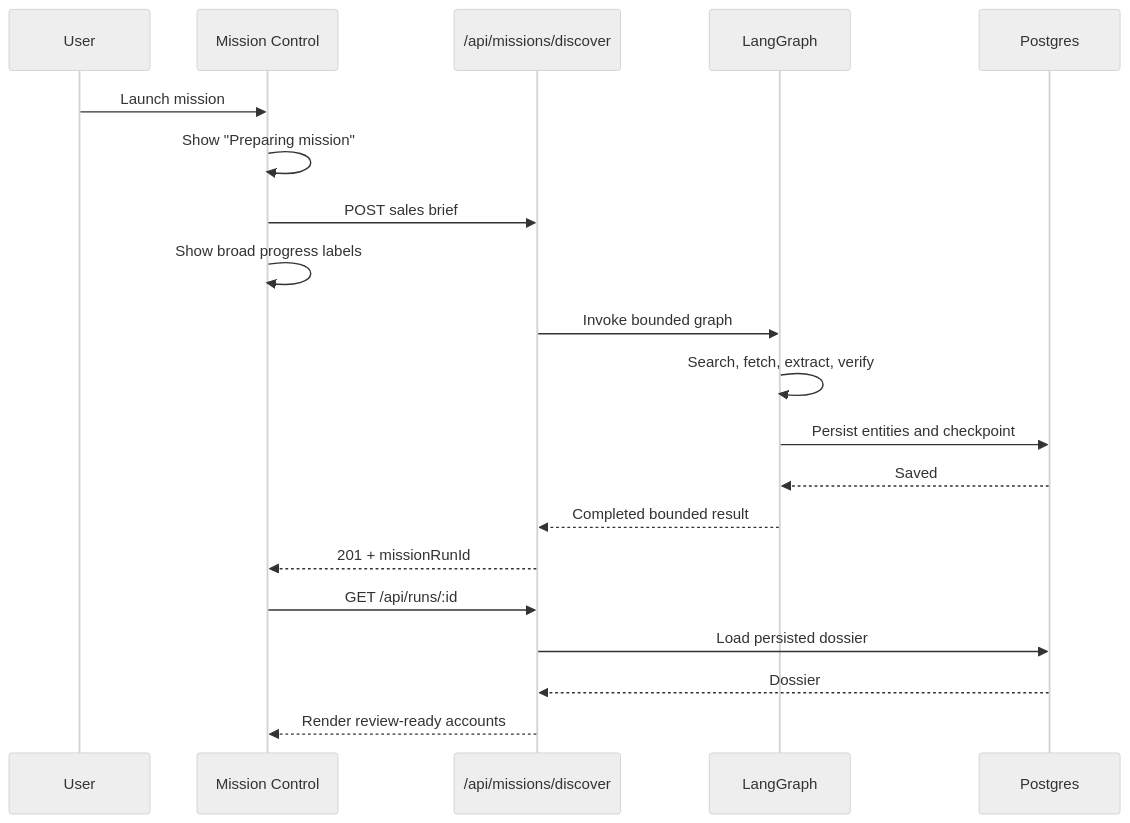
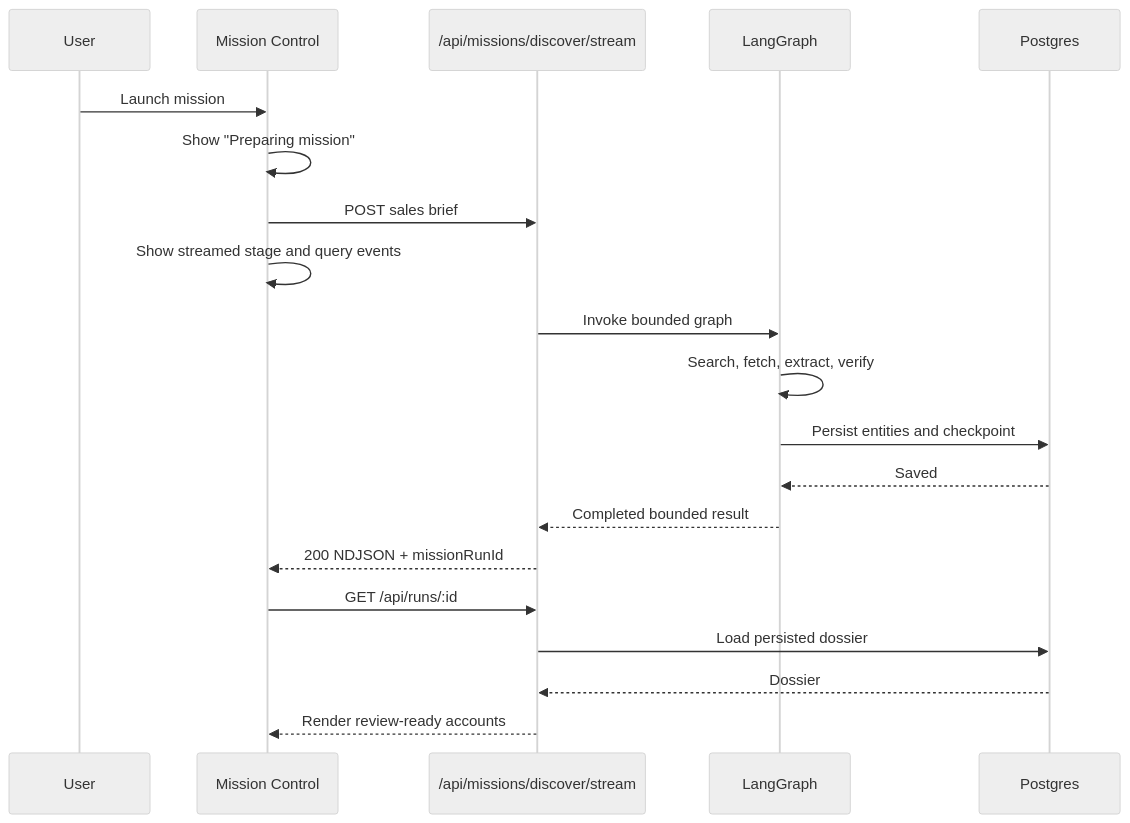
The fourth of 17 diagrams in docs/guides/how-monster-scout-works.md (monsteruk-crm/monster-prospecting-agent), drawn with Mermaid (neutral theme) before and after one commit. The commit also changed other lines of this file and 1 other file, not shown here.

Commit message:
progress

````diff
--- a/docs/guides/how-monster-scout-works.md
+++ b/docs/guides/how-monster-scout-works.md
@@ -148,23 +154,23 @@
 ```mermaid
 sequenceDiagram
   participant U as User
   participant UI as Mission Control
-  participant API as /api/missions/discover
+  participant API as /api/missions/discover/stream
   participant G as LangGraph
   participant DB as Postgres
 
   U->>UI: Launch mission
   UI->>UI: Show "Preparing mission"
   UI->>API: POST sales brief
-  UI->>UI: Show broad progress labels
+  UI->>UI: Show streamed stage and query events
   API->>G: Invoke bounded graph
   G->>G: Search, fetch, extract, verify
   G->>DB: Persist entities and checkpoint
   DB-->>G: Saved
   G-->>API: Completed bounded result
-  API-->>UI: 201 + missionRunId
+  API-->>UI: 200 NDJSON + missionRunId
   UI->>API: GET /api/runs/:id
   API->>DB: Load persisted dossier
   DB-->>API: Dossier
   API-->>UI: Render review-ready accounts
 ```
````
